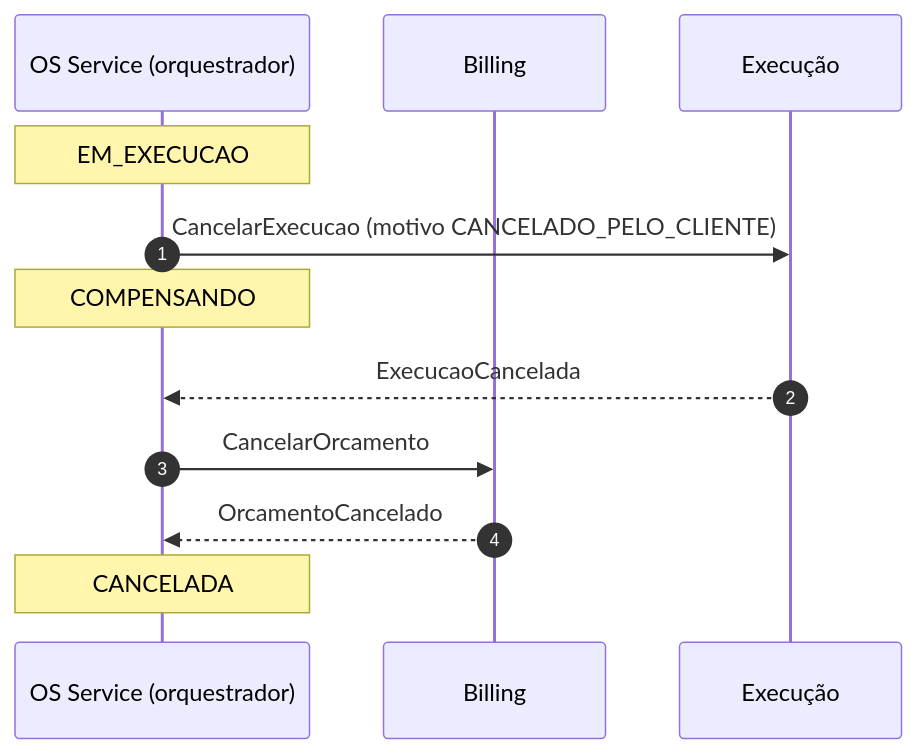
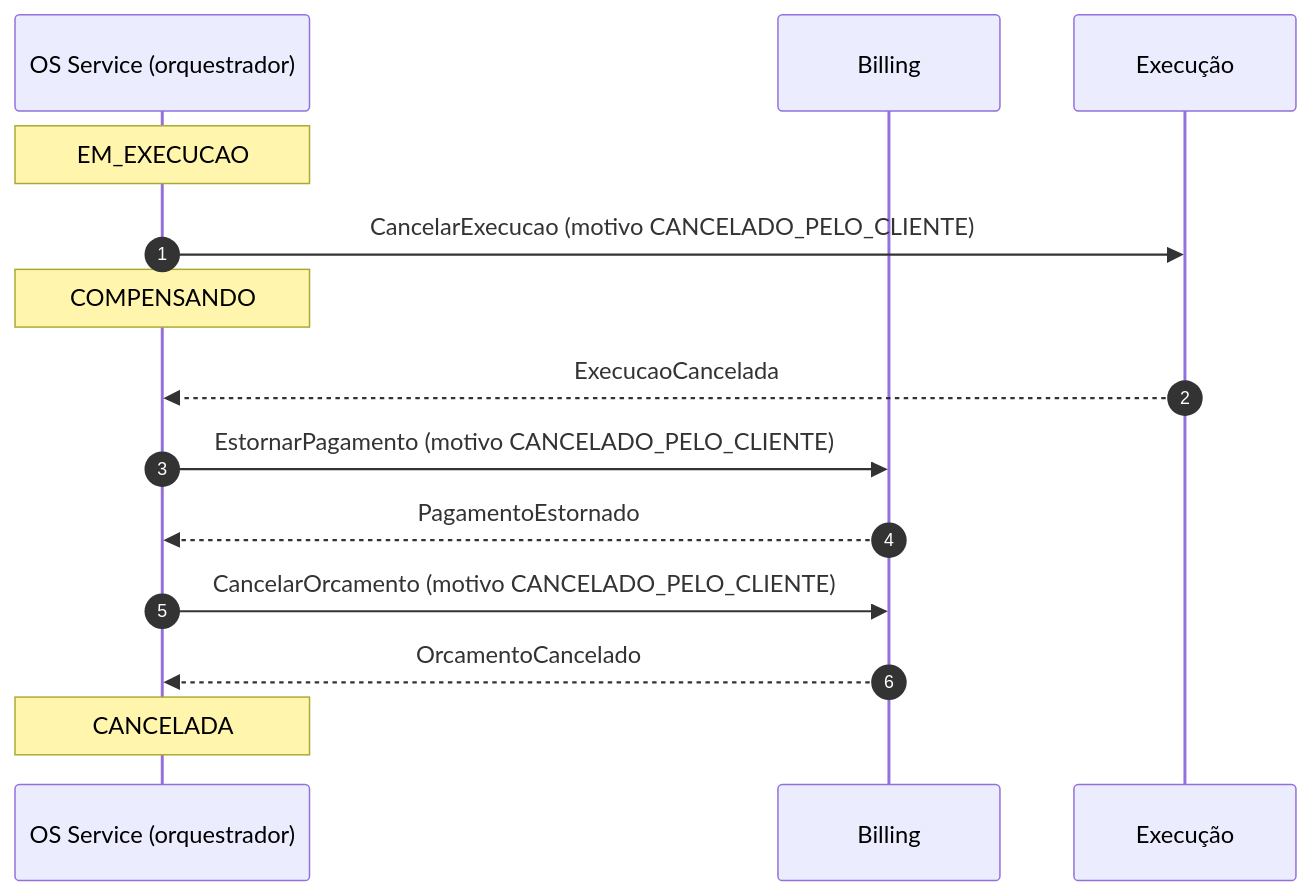
Before and after one commit to helyomendesdev/tech-challenge-oficina-saga: the fourth of 5 diagrams in docs/fluxo-saga.md, drawn with Mermaid. The commit also changed other lines of this file and 26 other files, not shown here.

````diff
--- a/docs/fluxo-saga.md
+++ b/docs/fluxo-saga.md
@@ -52,15 +73,17 @@
 ```mermaid
 sequenceDiagram
     autonumber
     participant OS as OS Service (orquestrador)
     participant BIL as Billing
     participant EXE as Execução
 
     Note over OS: EM_EXECUCAO
     OS->>EXE: CancelarExecucao (motivo CANCELADO_PELO_CLIENTE)
     Note over OS: COMPENSANDO
     EXE-->>OS: ExecucaoCancelada
-    OS->>BIL: CancelarOrcamento
+    OS->>BIL: EstornarPagamento (motivo CANCELADO_PELO_CLIENTE)
+    BIL-->>OS: PagamentoEstornado
+    OS->>BIL: CancelarOrcamento (motivo CANCELADO_PELO_CLIENTE)
     BIL-->>OS: OrcamentoCancelado
     Note over OS: CANCELADA
 ```
````
